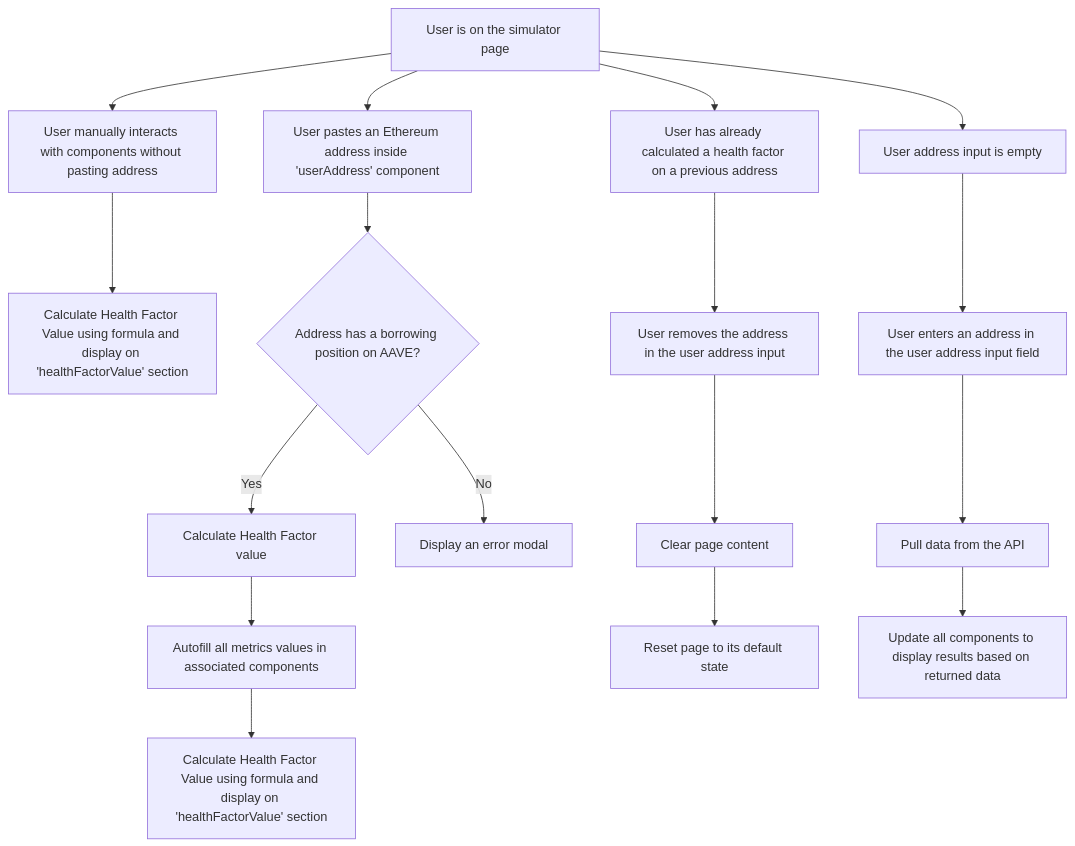
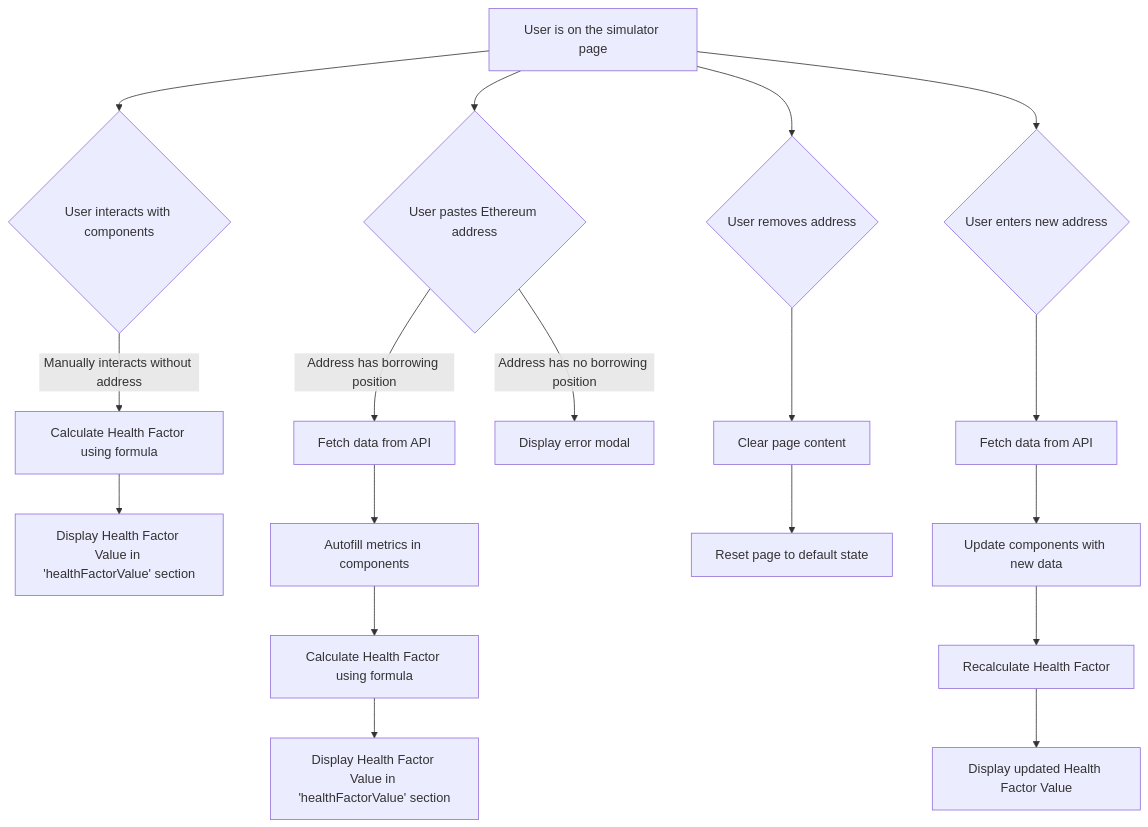
Before and after one commit to cleminso/aaveSimulator: the diagram in docs/FLOW-DIAGRAM.mermaid, drawn with Mermaid. The commit also changed 1 other file, not shown here.

Commit message:
change meirmaid flow for DeepSeek one

```diff
--- a/docs/FLOW-DIAGRAM.mermaid
+++ b/docs/FLOW-DIAGRAM.mermaid
@@ -1,21 +1,22 @@
-graph TD
-    A[User is on the simulator page]
-    A --> B1[User manually interacts with components without pasting address]
-    B1 --> C1[Calculate Health Factor Value using formula and display on 'healthFactorValue' section]
+flowchart TD
+    A[User is on the simulator page] --> B{User interacts with components}
+    B -->|Manually interacts without address| C[Calculate Health Factor using formula]
+    C --> D[Display Health Factor Value in 'healthFactorValue' section]
 
-    A --> B2[User pastes an Ethereum address inside 'userAddress' component]
-    B2 --> C2{Address has a borrowing position on AAVE?}
-    C2 -- Yes --> D2[Calculate Health Factor value]
-    D2 --> E2[Autofill all metrics values in associated components]
-    E2 --> F2[Calculate Health Factor Value using formula and display on 'healthFactorValue' section]
-    C2 -- No --> G2[Display an error modal]
+    A --> E{User pastes Ethereum address}
+    E -->|Address has borrowing position| F[Fetch data from API]
+    F --> G[Autofill metrics in components]
+    G --> H[Calculate Health Factor using formula]
+    H --> I[Display Health Factor Value in 'healthFactorValue' section]
 
-    A --> B3[User has already calculated a health factor on a previous address]
-    B3 --> C3[User removes the address in the user address input]
-    C3 --> D3[Clear page content]
-    D3 --> E3[Reset page to its default state]
+    E -->|Address has no borrowing position| J[Display error modal]
 
-    A --> B4[User address input is empty]
-    B4 --> C4[User enters an address in the user address input field]
-    C4 --> D4[Pull data from the API]
-    D4 --> E4[Update all components to display results based on returned data]
+    A --> K{User removes address}
+    K --> L[Clear page content]
+    L --> M[Reset page to default state]
+
+    A --> N{User enters new address}
+    N --> O[Fetch data from API]
+    O --> P[Update components with new data]
+    P --> Q[Recalculate Health Factor]
+    Q --> R[Display updated Health Factor Value]
```
